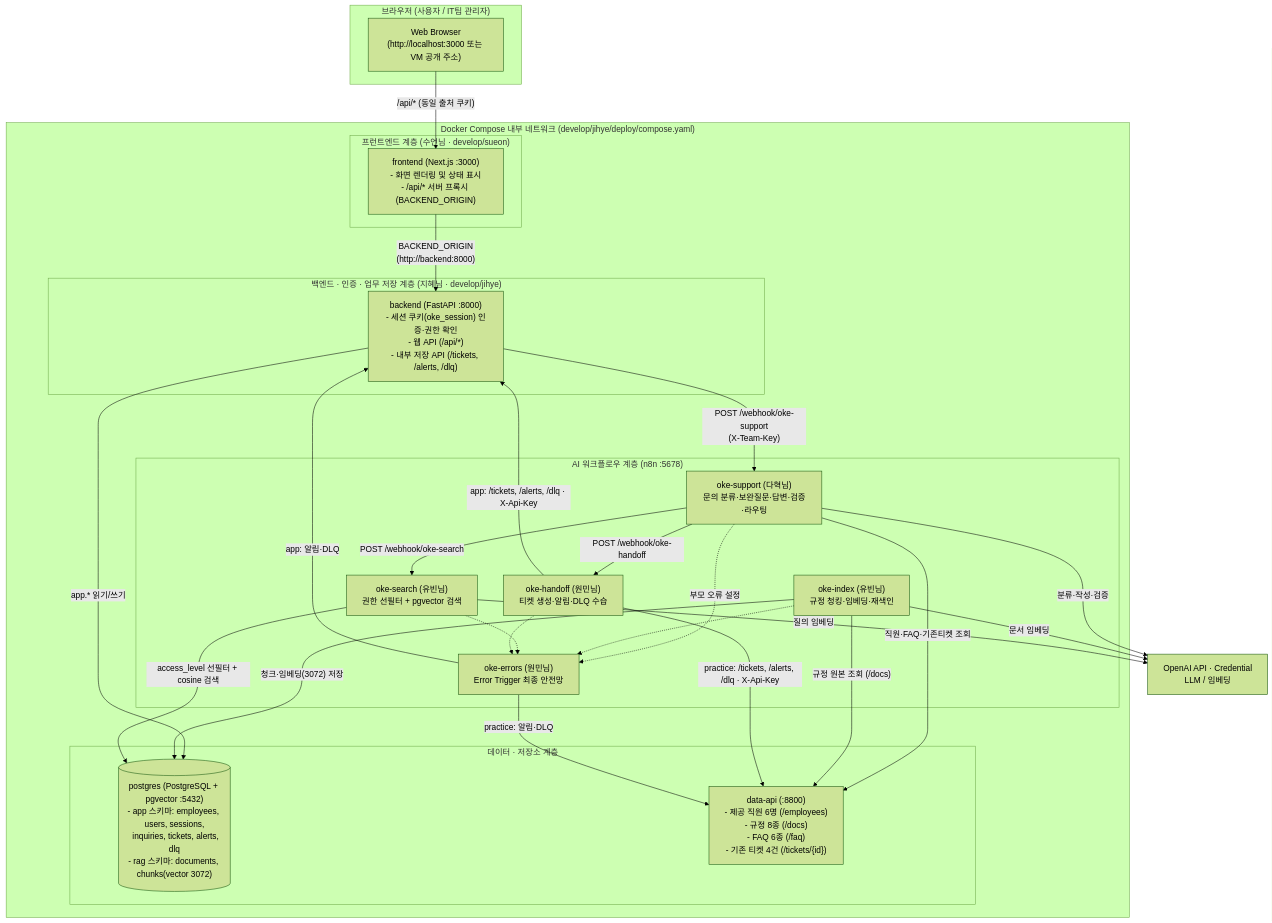
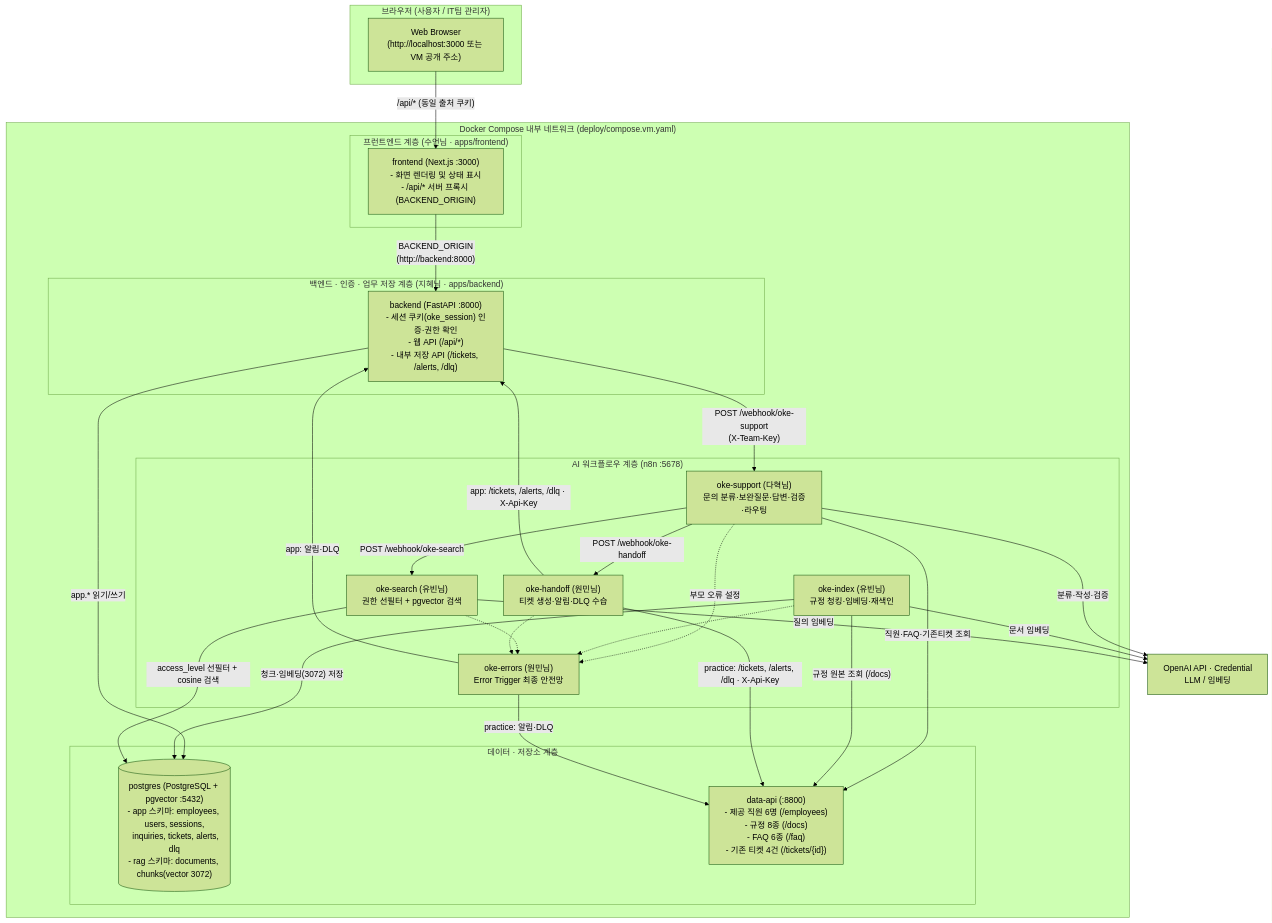
One commit to encore-ai-campus/aio-01-p4-team1 changed the diagram in docs/ARCHITECTURE.md. Above: the diagram before and after it, drawn with Mermaid (forest theme). The commit also changed other lines of this file and 180 other files, not shown here.

````diff
--- a/docs/ARCHITECTURE.md
+++ b/docs/ARCHITECTURE.md
@@ -11,55 +11,55 @@
 ```mermaid
 flowchart TB
     subgraph Client["브라우저 (사용자 / IT팀 관리자)"]
         Browser["Web Browser\n(http://localhost:3000 또는 VM 공개 주소)"]
     end
 
-    subgraph Compose["Docker Compose 내부 네트워크 (develop/jihye/deploy/compose.yaml)"]
-        subgraph FE["프런트엔드 계층 (수언님 · develop/sueon)"]
+    subgraph Compose["Docker Compose 내부 네트워크 (deploy/compose.vm.yaml)"]
+        subgraph FE["프런트엔드 계층 (수언님 · apps/frontend)"]
             NextJS["frontend (Next.js :3000)\n- 화면 렌더링 및 상태 표시\n- /api/* 서버 프록시 (BACKEND_ORIGIN)"]
         end
 
-        subgraph BE["백엔드 · 인증 · 업무 저장 계층 (지혜님 · develop/jihye)"]
+        subgraph BE["백엔드 · 인증 · 업무 저장 계층 (지혜님 · apps/backend)"]
             FastAPI["backend (FastAPI :8000)\n- 세션 쿠키(oke_session) 인증·권한 확인\n- 웹 API (/api/*)\n- 내부 저장 API (/tickets, /alerts, /dlq)"]
         end
 
         subgraph WF["AI 워크플로우 계층 (n8n :5678)"]
             Support["oke-support (다혁님)\n문의 분류·보완질문·답변·검증·라우팅"]
             Search["oke-search (유빈님)\n권한 선필터 + pgvector 검색"]
             Index["oke-index (유빈님)\n규정 청킹·임베딩·재색인"]
             Handoff["oke-handoff (원민님)\n티켓 생성·알림·DLQ 수습"]
             Errors["oke-errors (원민님)\nError Trigger 최종 안전망"]
         end
 
         subgraph Storage["데이터 · 저장소 계층"]
             PG[("postgres (PostgreSQL + pgvector :5432)\n- app 스키마: employees, users, sessions,\n  inquiries, tickets, alerts, dlq\n- rag 스키마: documents, chunks(vector 3072)")]
             DataAPI["data-api (:8800)\n- 제공 직원 6명 (/employees)\n- 규정 8종 (/docs)\n- FAQ 6종 (/faq)\n- 기존 티켓 4건 (/tickets/{id})"]
         end
     end
 
     Browser -->|"/api/* (동일 출처 쿠키)"| NextJS
     NextJS -->|"BACKEND_ORIGIN\n(http://backend:8000)"| FastAPI
     FastAPI -->|"app.* 읽기/쓰기"| PG
     FastAPI -->|"POST /webhook/oke-support\n(X-Team-Key)"| Support
 
     Support -->|"직원·FAQ·기존티켓 조회"| DataAPI
     Support -->|"POST /webhook/oke-search"| Search
     Support -->|"POST /webhook/oke-handoff"| Handoff
 
     Index -->|"규정 원본 조회 (/docs)"| DataAPI
     Index -->|"청크·임베딩(3072) 저장"| PG
     Search -->|"access_level 선필터 + cosine 검색"| PG
 
     OpenAI["OpenAI API · Credential\nLLM / 임베딩"]
     Support -->|"분류·작성·검증"| OpenAI
     Index -->|"문서 임베딩"| OpenAI
     Search -->|"질의 임베딩"| OpenAI
     Support -.->|"부모 오류 설정"| Errors
     Index -.-> Errors
     Search -.-> Errors
     Handoff -.-> Errors
     Handoff -->|"app: /tickets, /alerts, /dlq · X-Api-Key"| FastAPI
     Handoff -->|"practice: /tickets, /alerts, /dlq · X-Api-Key"| DataAPI
     Errors -->|"app: 알림·DLQ"| FastAPI
     Errors -->|"practice: 알림·DLQ"| DataAPI
 ```
````
